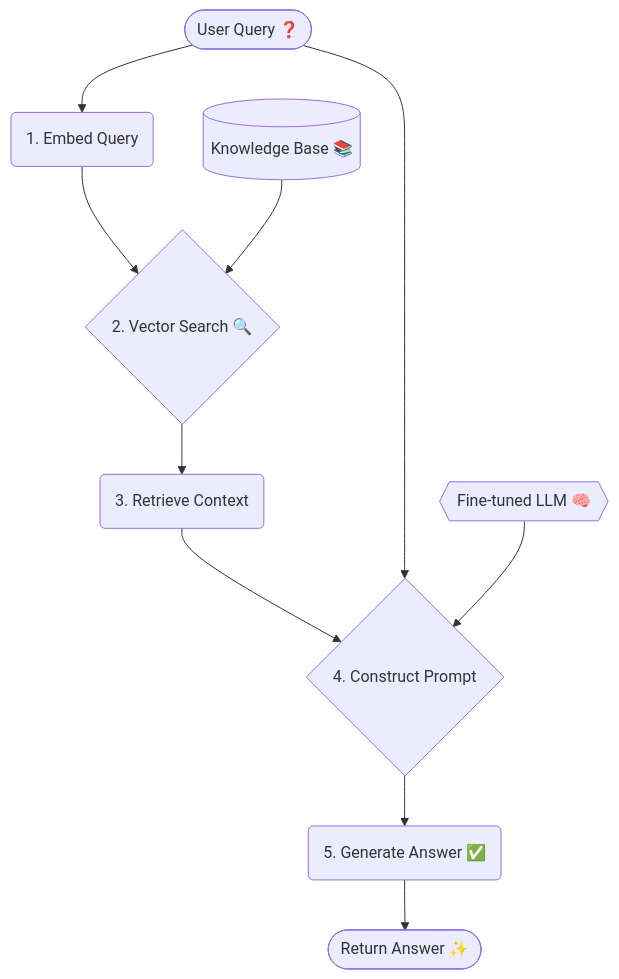
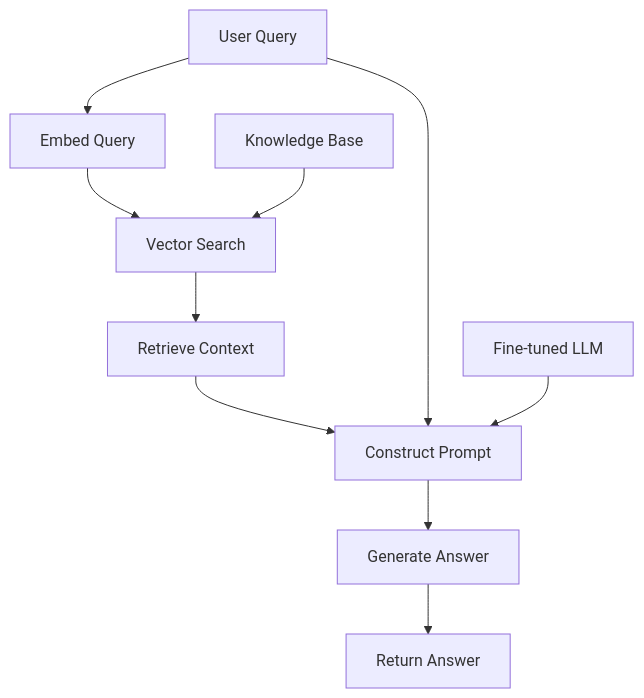
One commit to MakotoUwu/healthcare-rag changed the diagram in README.md. Above: the diagram before and after it, drawn with Mermaid.

Commit message:
Refactor: Use ultra-simplified Mermaid diagram for compatibility

````diff
--- a/README.md
+++ b/README.md
@@ -18,12 +18,12 @@
 ```mermaid
-graph TD
-    A([User Query ❓]) --> B(1. Embed Query);
-    B --> C{2. Vector Search 🔍};
-    D[(Knowledge Base 📚)] --> C;
-    C --> E(3. Retrieve Context);
-    E --> F{4. Construct Prompt};
-    A --> F;
-    G{{Fine-tuned LLM 🧠}} --> F;
-    F --> H(5. Generate Answer ✅);
-    H --> I([Return Answer ✨]);
+flowchart TD
+    A[User Query] --> B[Embed Query]
+    B --> C[Vector Search]
+    D[Knowledge Base] --> C
+    C --> E[Retrieve Context]
+    E --> F[Construct Prompt]
+    A --> F
+    G[Fine-tuned LLM] --> F
+    F --> H[Generate Answer]
+    H --> I[Return Answer]
 ```
````
